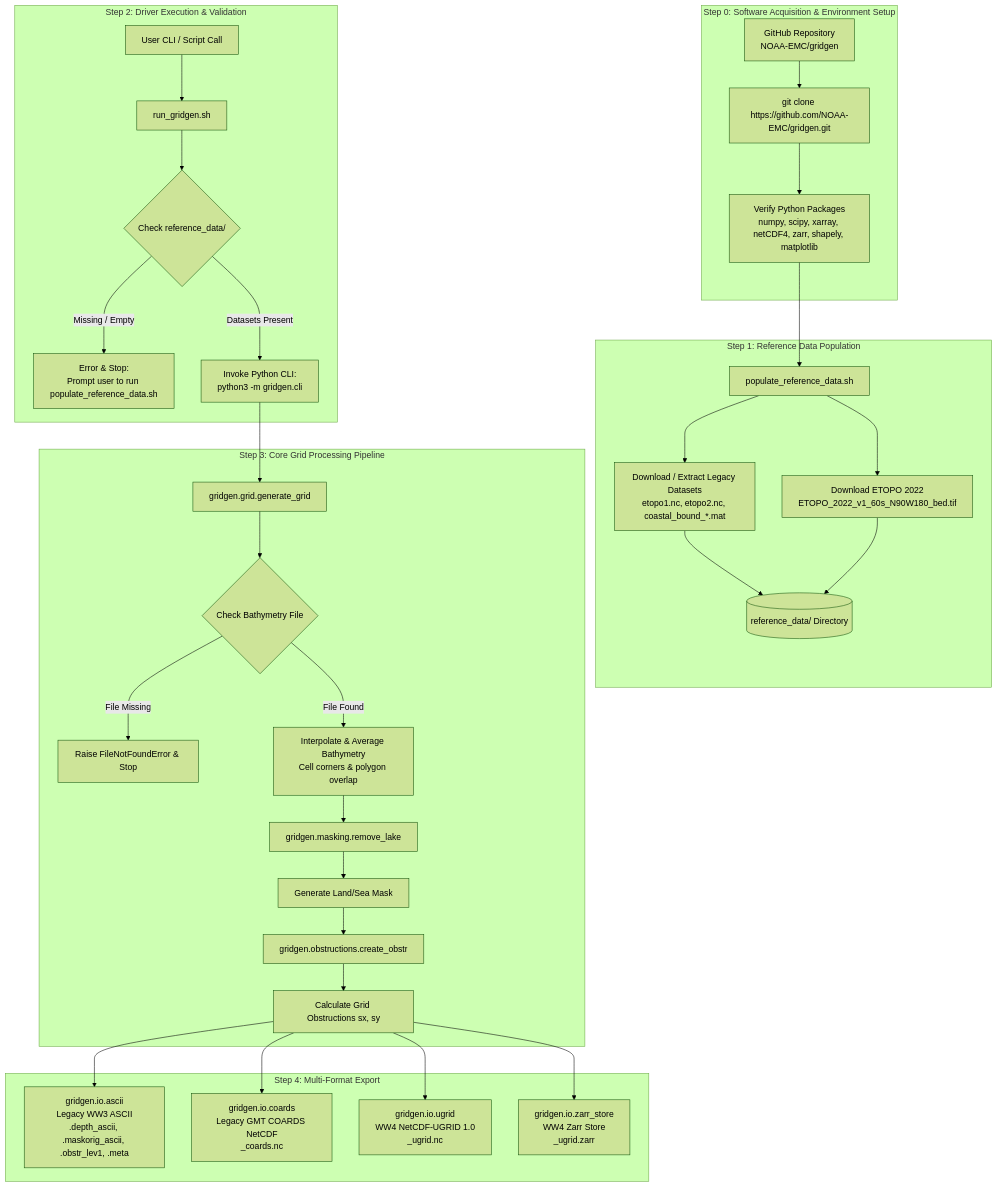
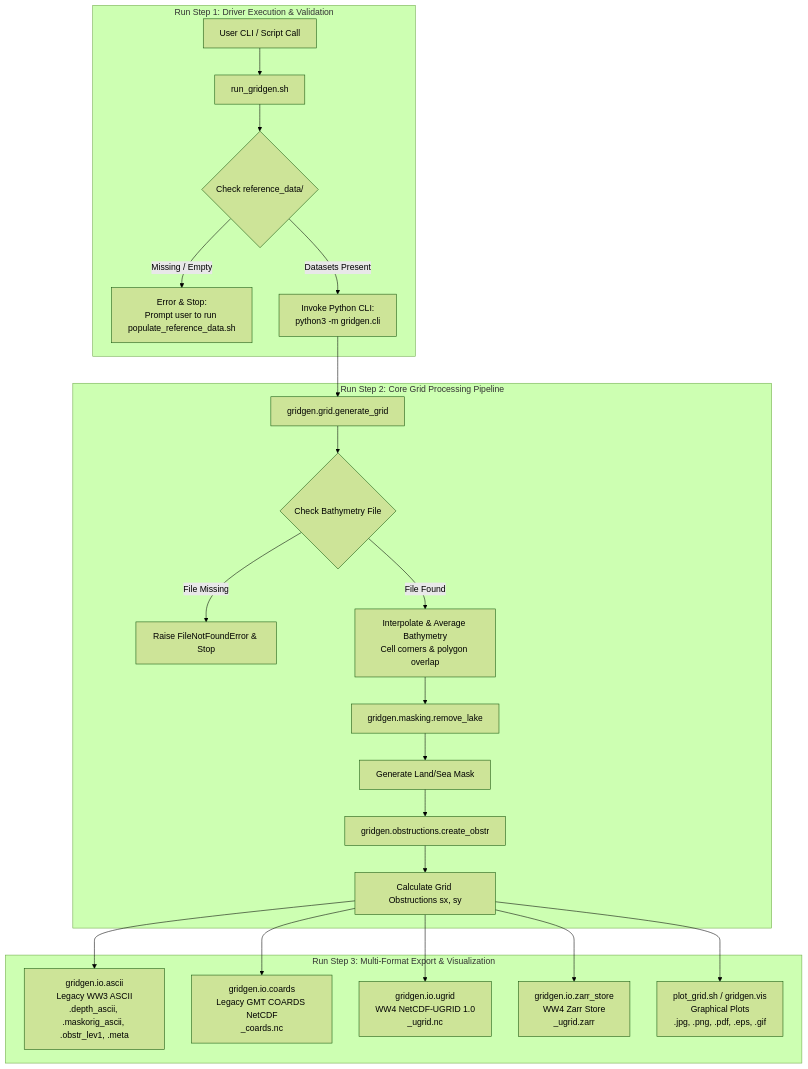
Before and after one commit to HendrikTolman-NOAA/gridgen: the second of 2 diagrams in ARCHITECTURE.md, drawn with Mermaid (forest theme). The commit also changed other lines of this file, not shown here.

First line of the commit message:
Split ARCHITECTURE.md into two setup and execution diagrams and renumber steps

````diff
--- a/ARCHITECTURE.md
+++ b/ARCHITECTURE.md
@@ -9,44 +31,30 @@
 ```mermaid
 flowchart TD
-    subgraph Step 0: Software Acquisition & Environment Setup
-        A0[GitHub Repository<br/>NOAA-EMC/gridgen] --> A1[git clone https://github.com/NOAA-EMC/gridgen.git]
-        A1 --> A2[Verify Python Packages<br/>numpy, scipy, xarray, netCDF4, zarr, shapely, matplotlib]
-    end
-
-    subgraph Step 1: Reference Data Population
-        B[populate_reference_data.sh]
-        B --> C1[Download / Extract Legacy Datasets<br/>etopo1.nc, etopo2.nc, coastal_bound_*.mat]
-        B --> C2[Download ETOPO 2022<br/>ETOPO_2022_v1_60s_N90W180_bed.tif]
-        C1 --> D[(reference_data/ Directory)]
-        C2 --> D
-    end
-
-    A2 --> B
-
-    subgraph Step 2: Driver Execution & Validation
+    subgraph Run Step 1: Driver Execution & Validation
         E[User CLI / Script Call] --> F[run_gridgen.sh]
         F --> G{Check reference_data/}
         G -- Missing / Empty --> H[Error & Stop:<br/>Prompt user to run populate_reference_data.sh]
         G -- Datasets Present --> I[Invoke Python CLI:<br/>python3 -m gridgen.cli]
     end
 
-    subgraph Step 3: Core Grid Processing Pipeline
+    subgraph Run Step 2: Core Grid Processing Pipeline
         I --> J[gridgen.grid.generate_grid]
         J --> K{Check Bathymetry File}
         K -- File Missing --> L[Raise FileNotFoundError & Stop]
         K -- File Found --> M[Interpolate & Average Bathymetry<br/>Cell corners & polygon overlap]
 
         M --> N[gridgen.masking.remove_lake]
         N --> O[Generate Land/Sea Mask]
 
         O --> P[gridgen.obstructions.create_obstr]
         P --> Q[Calculate Grid Obstructions sx, sy]
     end
 
-    subgraph Step 4: Multi-Format Export
+    subgraph Run Step 3: Multi-Format Export & Visualization
         Q --> R1[gridgen.io.ascii<br/>Legacy WW3 ASCII<br/>.depth_ascii, .maskorig_ascii, .obstr_lev1, .meta]
         Q --> R2[gridgen.io.coards<br/>Legacy GMT COARDS NetCDF<br/>_coards.nc]
         Q --> R3[gridgen.io.ugrid<br/>WW4 NetCDF-UGRID 1.0<br/>_ugrid.nc]
         Q --> R4[gridgen.io.zarr_store<br/>WW4 Zarr Store<br/>_ugrid.zarr]
+        Q --> R5[plot_grid.sh / gridgen.vis<br/>Graphical Plots<br/>.jpg, .png, .pdf, .eps, .gif]
     end
 ```
````
